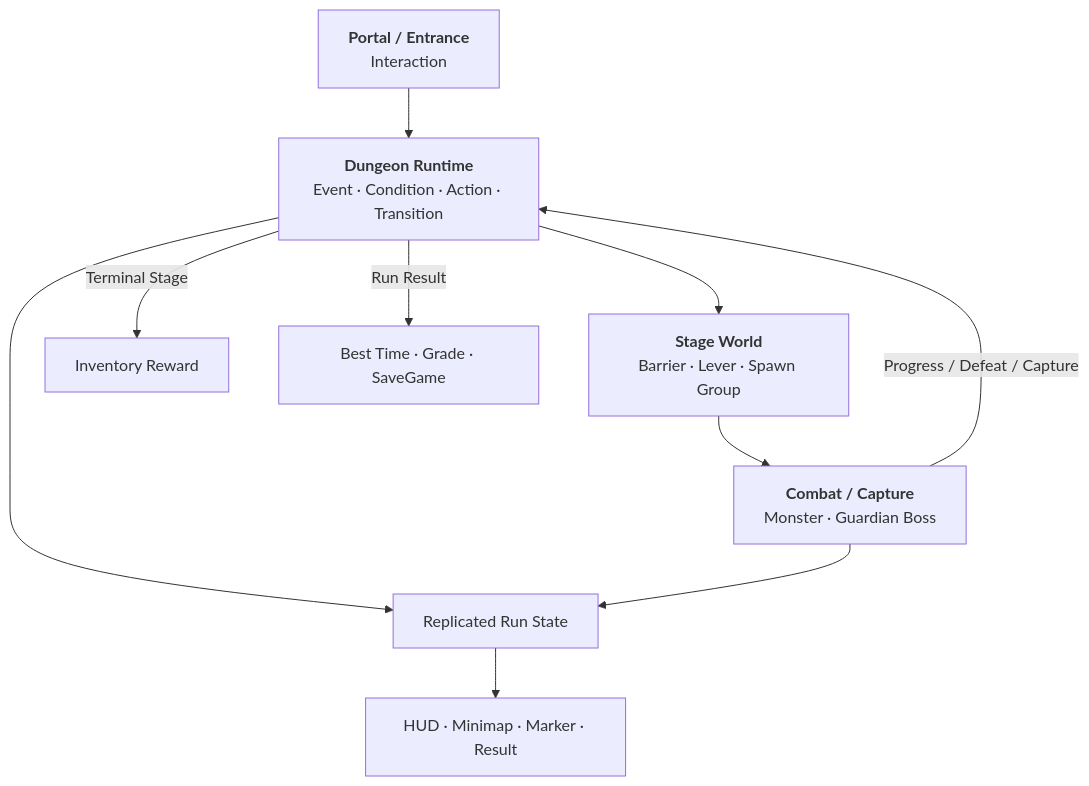
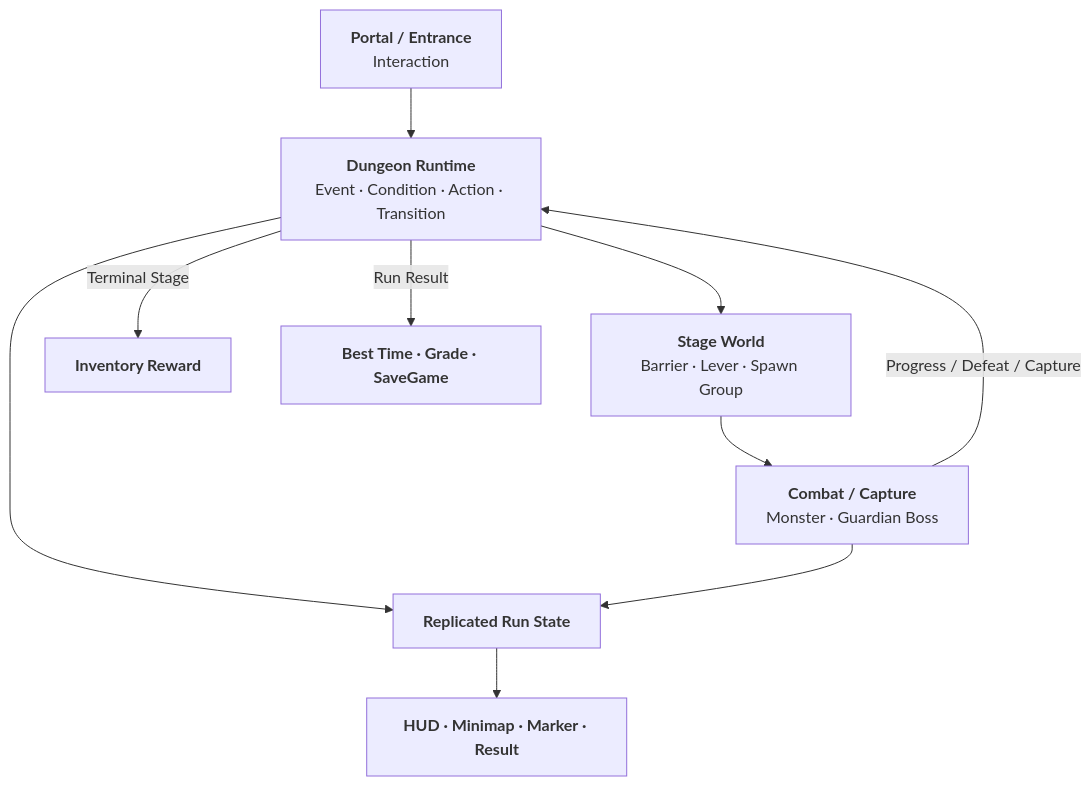
The second of 2 diagrams in Doc/Wiki/01_Project_Overview.md (chungheonLee0325/Sonheim), drawn with Mermaid before and after one commit.

Commit message:
docs: standardize mermaid node hierarchy

````diff
--- a/Doc/Wiki/01_Project_Overview.md
+++ b/Doc/Wiki/01_Project_Overview.md
@@ -102,25 +102,25 @@
 ```mermaid
 flowchart TD
     ENTRY["<b>Portal / Entrance</b><br/>Interaction"]
     RUNTIME["<b>Dungeon Runtime</b><br/>Event · Condition · Action · Transition"]
     WORLD["<b>Stage World</b><br/>Barrier · Lever · Spawn Group"]
     BATTLE["<b>Combat / Capture</b><br/>Monster · Guardian Boss"]
 
-    STATE["Replicated Run State"]
-    UI["HUD · Minimap · Marker · Result"]
+    STATE["<b>Replicated Run State</b>"]
+    UI["<b>HUD · Minimap · Marker · Result</b>"]
 
-    REWARD["Inventory Reward"]
-    RECORD["Best Time · Grade · SaveGame"]
+    REWARD["<b>Inventory Reward</b>"]
+    RECORD["<b>Best Time · Grade · SaveGame</b>"]
 
     ENTRY --> RUNTIME
     RUNTIME --> WORLD
     WORLD --> BATTLE
     BATTLE -->|"Progress / Defeat / Capture"| RUNTIME
 
     RUNTIME --> STATE
     BATTLE --> STATE
     STATE --> UI
 
     RUNTIME -->|"Terminal Stage"| REWARD
     RUNTIME -->|"Run Result"| RECORD
 ```
````
